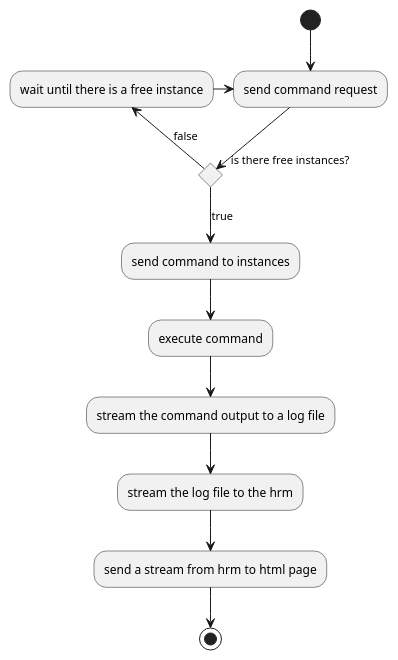
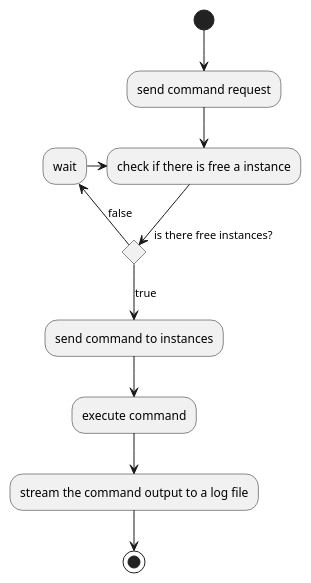
One commit to githiago-f/resource-sharing-services changed the diagram in .docs/workflow.puml. Above: the diagram before and after it, drawn with PlantUML. The commit also changed 49 other files, not shown here.

Commit message:
refactor architecture

```diff
--- a/.docs/workflow.puml
+++ b/.docs/workflow.puml
@@ -1,14 +1,13 @@
 @startuml state machine
 (*) --> "send command request"
+--> "check if there is free a instance"
 if "is there free instances?" then
     --> [true] "send command to instances"
     --> "execute command"
     --> "stream the command output to a log file"
-    --> "stream the log file to the hrm"
-    --> "send a stream from hrm to html page"
     --> (*)
 else
-    --> [false] "wait until there is a free instance"
-    -> "send command request"
+    --> [false] "wait"
+    -> "check if there is free a instance"
 endif
 @enduml
```
